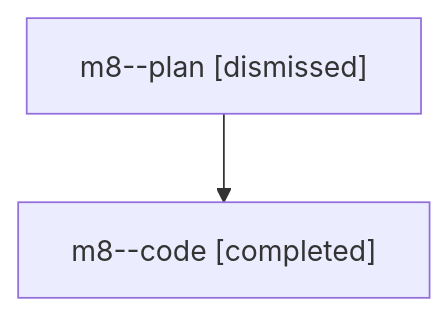
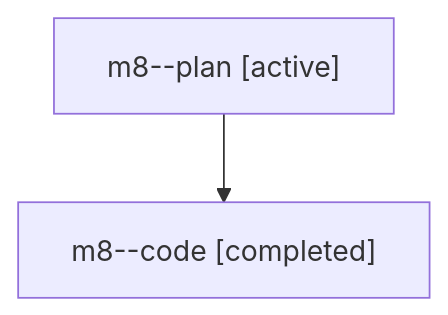
Before and after one commit to sase-org/sase--agents: the diagram in families/bbugyi200.athena.m8.md, drawn with Mermaid. The commit also changed other lines of this file and 5813 other files, not shown here.

````diff
--- a/families/bbugyi200.athena.m8.md
+++ b/families/bbugyi200.athena.m8.md
@@ -9,6 +9,6 @@
 ```mermaid
 flowchart TD
-  n0["m8--plan [dismissed]"]
+  n0["m8--plan [active]"]
   n1["m8--code [completed]"]
   n0 --> n1
 ```
````
